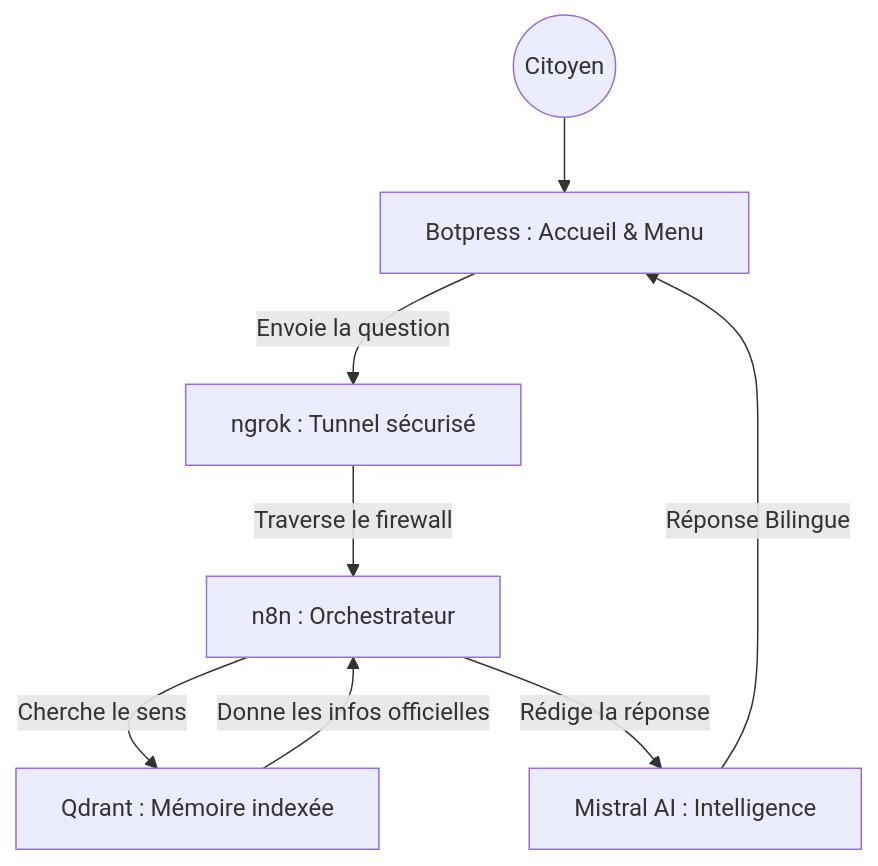
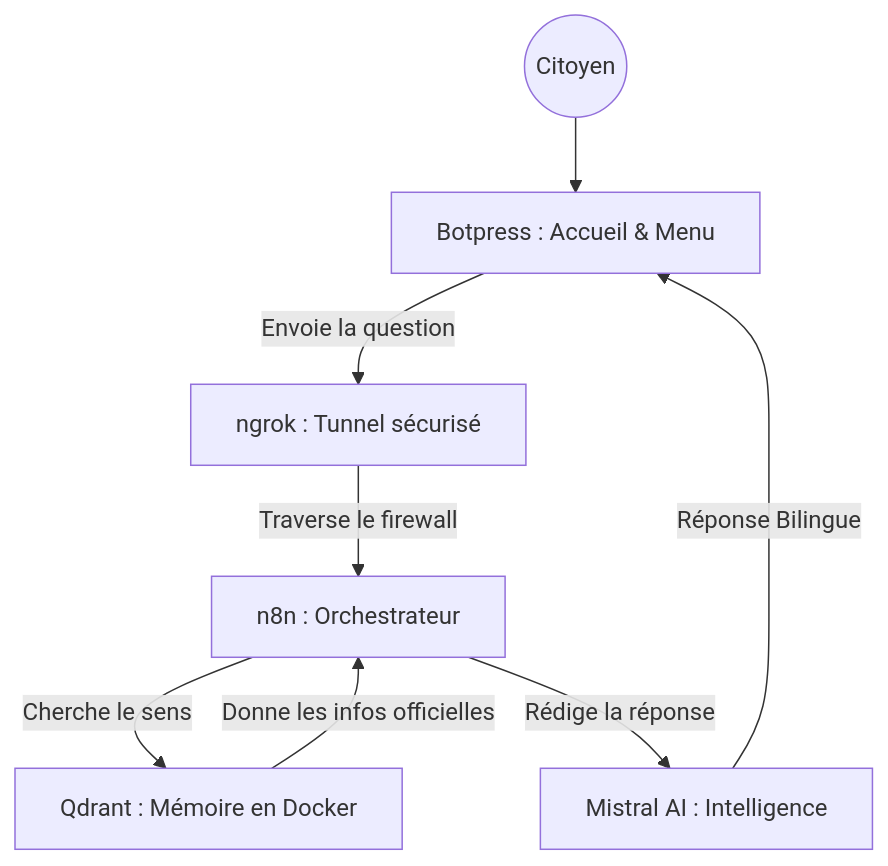
One commit to iamsamahaziz/wathiqa changed the diagram in README.md. Above: the diagram before and after it, drawn with Mermaid. The commit also changed other lines of this file, not shown here.

Commit message:
docs: explain Docker and refine component utility section

````diff
--- a/README.md
+++ b/README.md
@@ -36,10 +36,10 @@
 ```mermaid
 graph TD
     User((Citoyen)) --> BP[Botpress : Accueil & Menu]
     BP -- "Envoie la question" --> NG[ngrok : Tunnel sécurisé]
     NG -- "Traverse le firewall" --> N8N[n8n : Orchestrateur]
-    N8N -- "Cherche le sens" --> QD[Qdrant : Mémoire indexée]
+    N8N -- "Cherche le sens" --> QD[Qdrant : Mémoire en Docker]
     QD -- "Donne les infos officielles" --> N8N
     N8N -- "Rédige la réponse" --> M[Mistral AI : Intelligence]
     M -- "Réponse Bilingue" --> BP
 ```
````
